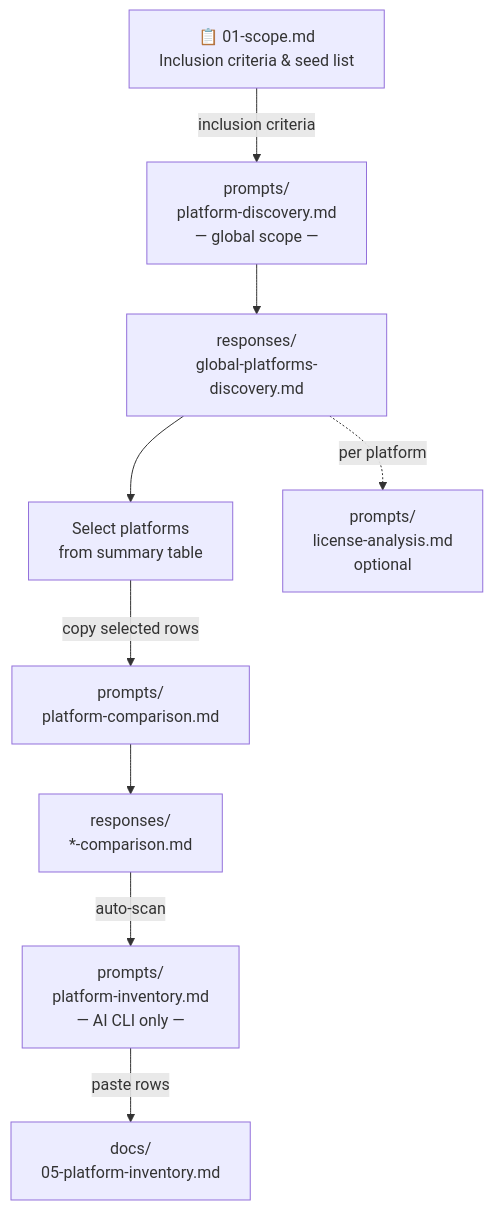
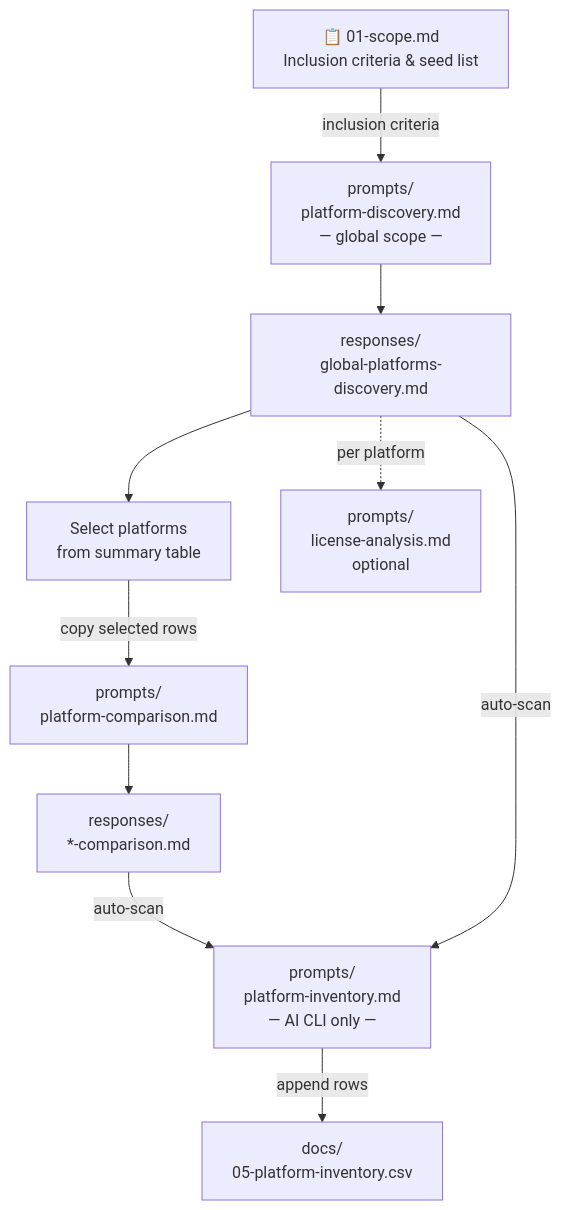
One commit to dtcc-platform/udt-platforms-mapping changed the diagram in docs/02-methodology.md. Above: the diagram before and after it, drawn with Mermaid. The commit also changed other lines of this file and 5 other files, not shown here.

First line of the commit message:
feat(inventory): convert to CSV with Phase column and exclusion criteria

````diff
--- a/docs/02-methodology.md
+++ b/docs/02-methodology.md
@@ -23,22 +23,23 @@
 ```mermaid
 flowchart TD
     scope["📋 01-scope.md\nInclusion criteria & seed list"]
 
     disc["prompts/\nplatform-discovery.md\n― global scope ―"]
     dresp["responses/\nglobal-platforms-discovery.md"]
     select["Select platforms\nfrom summary table"]
     comp["prompts/\nplatform-comparison.md"]
     cresp["responses/\n*-comparison.md"]
     inv["prompts/\nplatform-inventory.md\n― AI CLI only ―"]
-    table["docs/\n05-platform-inventory.md"]
+    table["docs/\n05-platform-inventory.csv"]
     lic["prompts/\nlicense-analysis.md\noptional"]
 
     scope -->|"inclusion criteria"| disc
     disc --> dresp
     dresp --> select
     select -->|"copy selected rows"| comp
     comp --> cresp
     cresp -->|"auto-scan"| inv
-    inv -->|"paste rows"| table
+    dresp -->|"auto-scan"| inv
+    inv -->|"append rows"| table
     dresp -.->|"per platform"| lic
 ```
````
